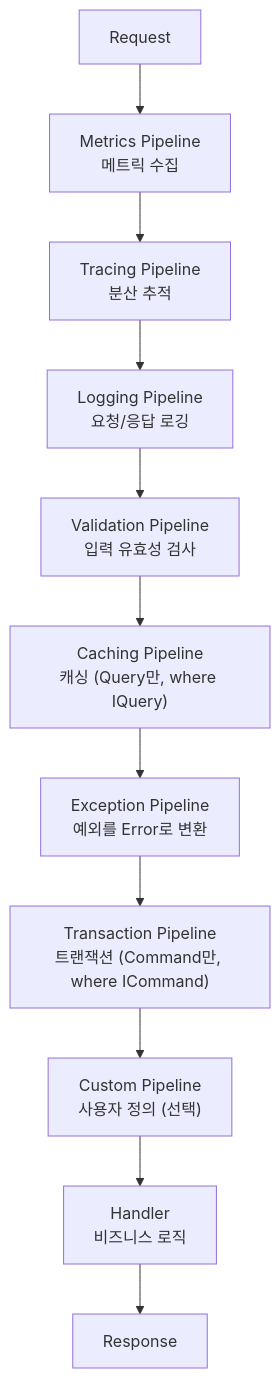
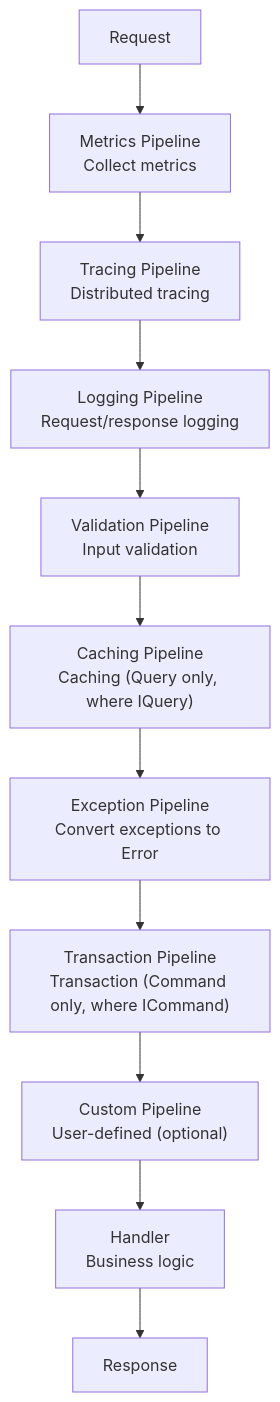
Before and after one commit to hhko/Functorium: the diagram in Docs.Site/src/content/docs/tutorials/usecase-pipeline/part0-introduction/03-usecase-pipeline-overview.md, drawn with Mermaid. The commit also changed other lines of this file and 36 other files, not shown here.

````diff
--- a/Docs.Site/src/content/docs/tutorials/usecase-pipeline/part0-introduction/03-usecase-pipeline-overview.md
+++ b/Docs.Site/src/content/docs/tutorials/usecase-pipeline/part0-introduction/03-usecase-pipeline-overview.md
@@ -11,13 +11,13 @@
 ```mermaid
 flowchart TB
-  Request --> Metrics["Metrics Pipeline<br/>메트릭 수집"]
-  Metrics --> Tracing["Tracing Pipeline<br/>분산 추적"]
-  Tracing --> Logging["Logging Pipeline<br/>요청/응답 로깅"]
-  Logging --> Validation["Validation Pipeline<br/>입력 유효성 검사"]
-  Validation --> Caching["Caching Pipeline<br/>캐싱 (Query만, where IQuery)"]
-  Caching --> Exception["Exception Pipeline<br/>예외를 Error로 변환"]
-  Exception --> Transaction["Transaction Pipeline<br/>트랜잭션 (Command만, where ICommand)"]
-  Transaction --> Custom["Custom Pipeline<br/>사용자 정의 (선택)"]
-  Custom --> Handler["Handler<br/>비즈니스 로직"]
+  Request --> Metrics["Metrics Pipeline<br/>Collect metrics"]
+  Metrics --> Tracing["Tracing Pipeline<br/>Distributed tracing"]
+  Tracing --> Logging["Logging Pipeline<br/>Request/response logging"]
+  Logging --> Validation["Validation Pipeline<br/>Input validation"]
+  Validation --> Caching["Caching Pipeline<br/>Caching (Query only, where IQuery)"]
+  Caching --> Exception["Exception Pipeline<br/>Convert exceptions to Error"]
+  Exception --> Transaction["Transaction Pipeline<br/>Transaction (Command only, where ICommand)"]
+  Transaction --> Custom["Custom Pipeline<br/>User-defined (optional)"]
+  Custom --> Handler["Handler<br/>Business logic"]
   Handler --> Response
 ```
````
